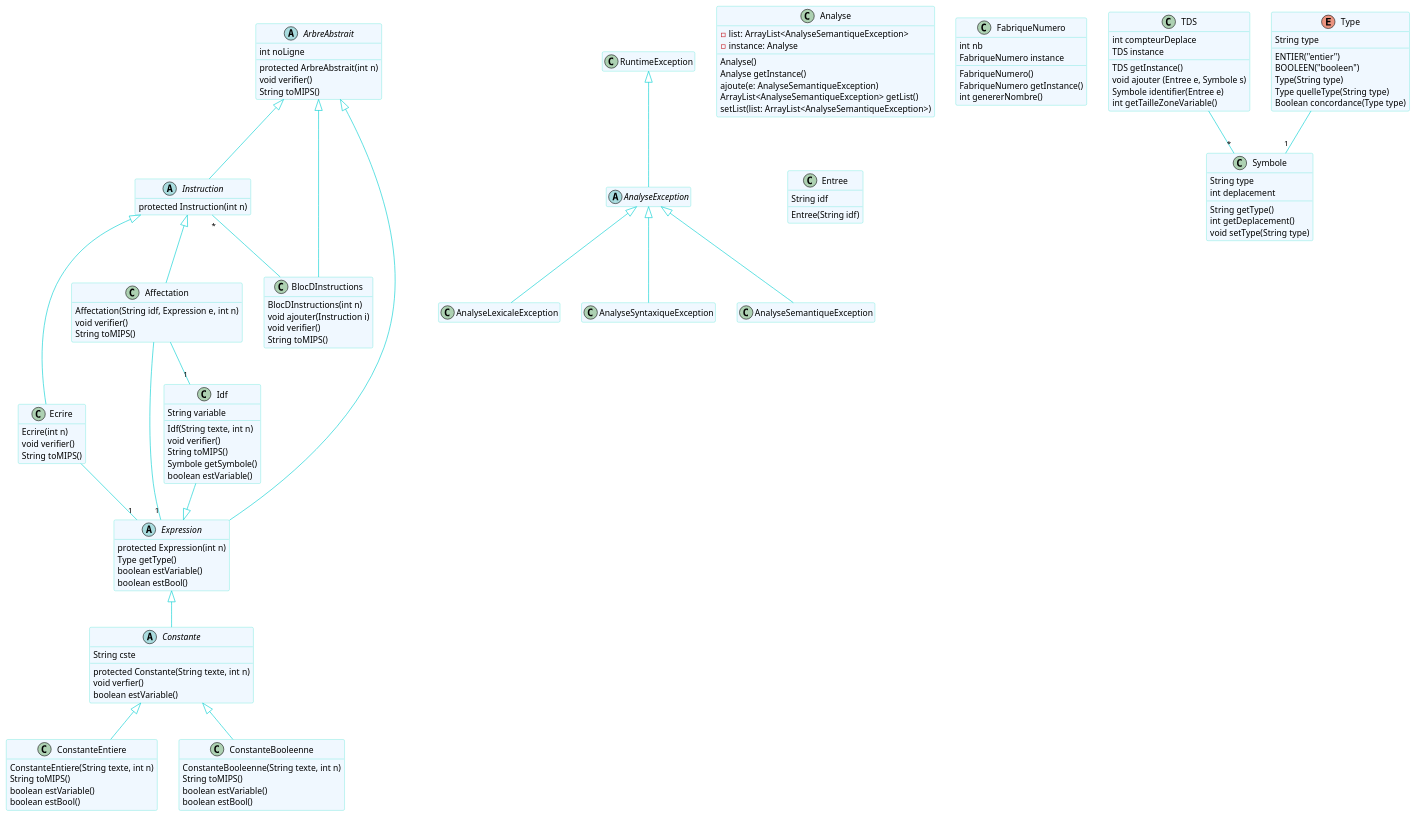
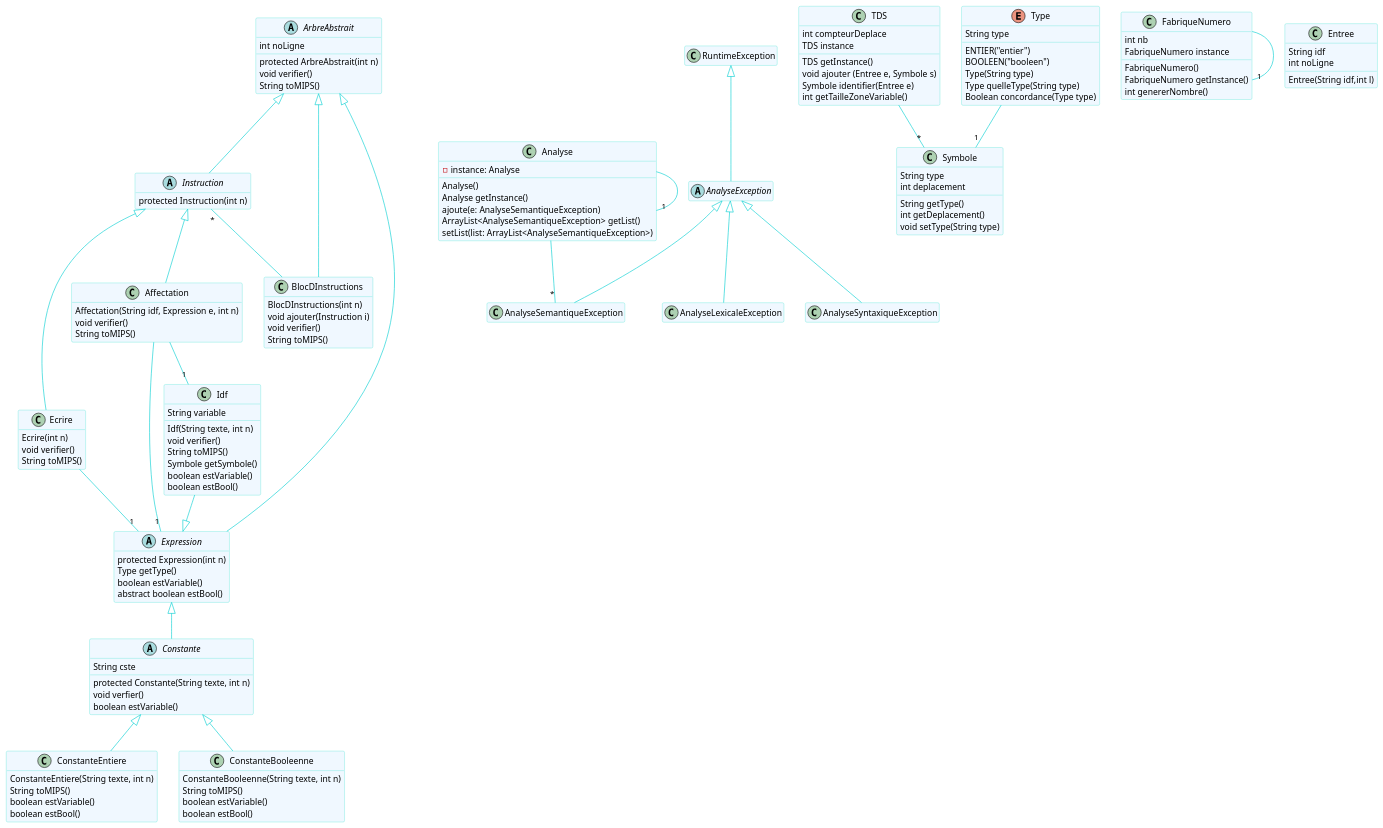
One commit to madisonnoyer54/Zoot changed the diagram in src/uml/diagramme.puml. Above: the diagram before and after it, drawn with PlantUML. The commit also changed 1 other file, not shown here.

Commit message:
modif diagramme

```diff
--- a/src/uml/diagramme.puml
+++ b/src/uml/diagramme.puml
@@ -1,158 +1,163 @@
 @startuml
 skinparam class {
 BackgroundColor AliceBlue
 ArrowColor DarkTurquoise
 BorderColor Turquoise
 }
 
 skinparam stereotypeCBackgroundColor DarkTurquoise
 skinparam stereotypeIBackgroundColor Magenta
 skinparam stereotypeABackgroundColor Yellow
 
 hide stereotype
 hide empty member
 
 abstract class AnalyseException
 
 AnalyseException -up-|> RuntimeException
 
 AnalyseLexicaleException -up-|> AnalyseException
 AnalyseSyntaxiqueException -up-|> AnalyseException
 AnalyseSemantiqueException -up-|> AnalyseException
 
 class Analyse {
-  -list: ArrayList<AnalyseSemantiqueException>
   -instance: Analyse
   Analyse()
   Analyse getInstance()
   ajoute(e: AnalyseSemantiqueException)
   ArrayList<AnalyseSemantiqueException> getList()
   setList(list: ArrayList<AnalyseSemantiqueException>)
 }
+Analyse --"1" Analyse
+Analyse --"*" AnalyseSemantiqueException
+
 
 abstract class ArbreAbstrait {
    int noLigne
    protected ArbreAbstrait(int n)
    void verifier()
    String toMIPS()
 }
 
 class BlocDInstructions {
    BlocDInstructions(int n)
    void ajouter(Instruction i)
    void verifier()
    String toMIPS()
 }
 
 BlocDInstructions -up-|> ArbreAbstrait
 BlocDInstructions -up- "*" Instruction
 
 abstract class Instruction {
    protected Instruction(int n)
 }
 
 Instruction -up-|> ArbreAbstrait
 class Ecrire {
    Ecrire(int n)
    void verifier()
    String toMIPS()
 }
 
 Ecrire  -up-|> Instruction
 
 abstract class Expression {
    protected Expression(int n)
    Type getType()
    boolean estVariable()
-   boolean estBool()
+   abstract boolean estBool()
 }
 
 Expression  -up-|> ArbreAbstrait
 Ecrire - "1" Expression
 
 abstract class Constante {
    String cste
    protected Constante(String texte, int n)
    void verfier()
    boolean estVariable()
 }
 
 Constante  -up-|> Expression
 
 class ConstanteEntiere {
    ConstanteEntiere(String texte, int n)
    String toMIPS()
    boolean estVariable()
    boolean estBool()
 }
 
 class ConstanteBooleenne {
    ConstanteBooleenne(String texte, int n)
    String toMIPS()
    boolean estVariable()
    boolean estBool()
 }
 
 class TDS {
 int compteurDeplace
 TDS instance
 TDS getInstance()
 void ajouter (Entree e, Symbole s)
 Symbole identifier(Entree e)
 int getTailleZoneVariable()
 }
 class FabriqueNumero {
   int nb
   FabriqueNumero instance
   FabriqueNumero()
   FabriqueNumero getInstance()
   int genererNombre()
 }
+FabriqueNumero --"1" FabriqueNumero
 
 class Symbole{
 String type
 int deplacement
 String getType()
 int getDeplacement()
 void setType(String type)
 }
 
 TDS --"*" Symbole
 Type --"1" Symbole
 
 ConstanteEntiere  -up-|> Constante
 ConstanteBooleenne  -up-|> Constante
 
 enum Type{
 ENTIER("entier")
 BOOLEEN("booleen")
 String type
 Type(String type)
 Type quelleType(String type)
 Boolean concordance(Type type)
 }
 
 class Entree{
 String idf
-Entree(String idf)
+int noLigne
+Entree(String idf,int l)
 }
 
 class Affectation {
 Affectation(String idf, Expression e, int n)
 void verifier()
 String toMIPS()
 }
 Affectation --"1" Idf
 Affectation --"1" Expression
 Affectation  -up-|> Instruction
 
 class Idf{
 String variable
 Idf(String texte, int n)
 void verifier()
 String toMIPS()
 Symbole getSymbole()
 boolean estVariable()
+boolean estBool()
 }
 Idf --|> Expression
 @enduml
```
